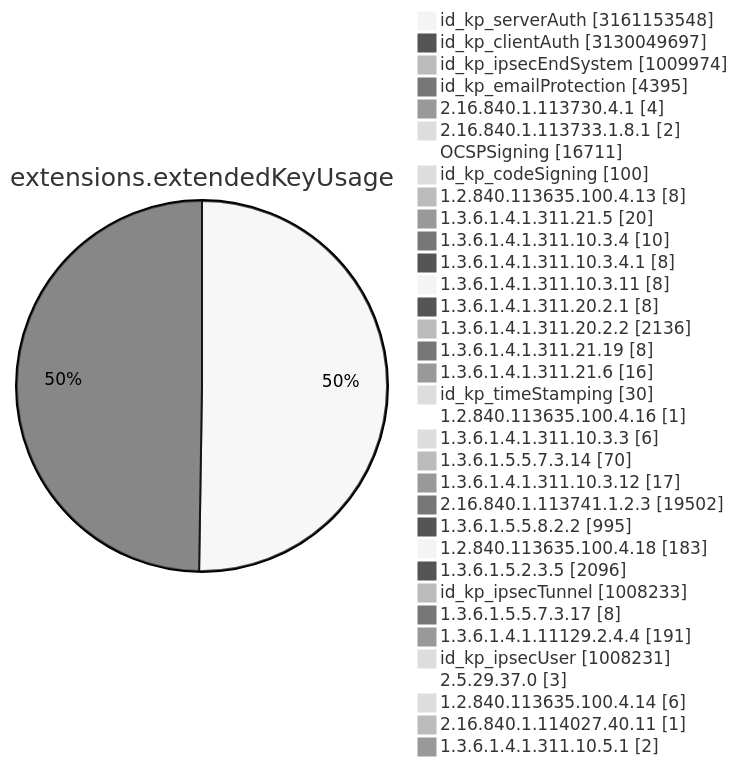
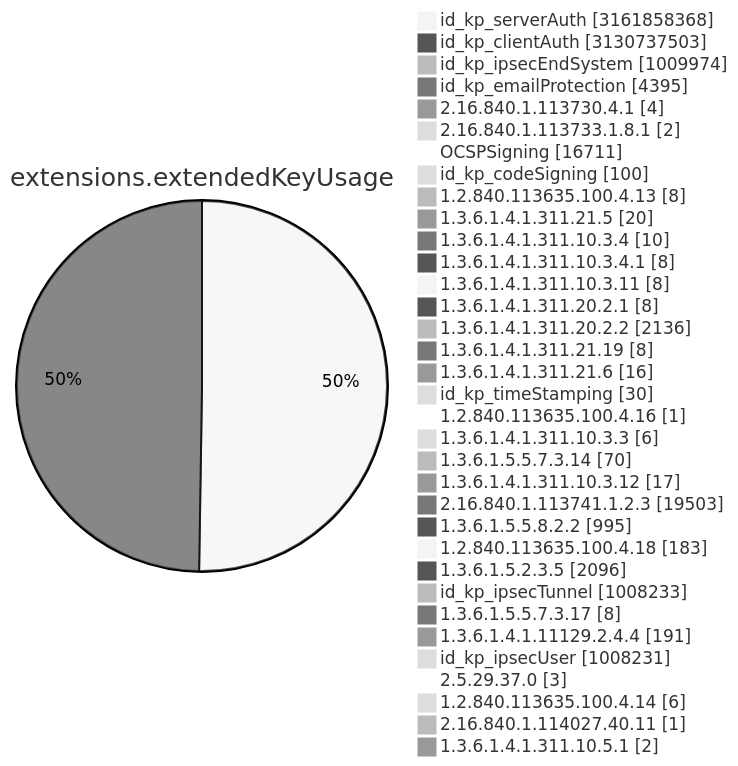
Diagram 11 of 15 in TOTAL/README.md (christiankrug/ctmonitor_visualization), drawn with Mermaid (neutral theme) before and after one commit. The commit also changed other lines of this file, not shown here.

````diff
--- a/TOTAL/README.md
+++ b/TOTAL/README.md
@@ -4119,38 +4119,38 @@
 ```mermaid
 pie showData
 title extensions.extendedKeyUsage
-"id_kp_serverAuth" :3161153548
-"id_kp_clientAuth" :3130049697
+"id_kp_serverAuth" :3161858368
+"id_kp_clientAuth" :3130737503
 "id_kp_ipsecEndSystem" :1009974
 "id_kp_emailProtection" :4395
 "2.16.840.1.113730.4.1" :4
 "2.16.840.1.113733.1.8.1" :2
 "OCSPSigning" :16711
 "id_kp_codeSigning" :100
 "1.2.840.113635.100.4.13" :8
 "1.3.6.1.4.1.311.21.5" :20
 "1.3.6.1.4.1.311.10.3.4" :10
 "1.3.6.1.4.1.311.10.3.4.1" :8
 "1.3.6.1.4.1.311.10.3.11" :8
 "1.3.6.1.4.1.311.20.2.1" :8
 "1.3.6.1.4.1.311.20.2.2" :2136
 "1.3.6.1.4.1.311.21.19" :8
 "1.3.6.1.4.1.311.21.6" :16
 "id_kp_timeStamping" :30
 "1.2.840.113635.100.4.16" :1
 "1.3.6.1.4.1.311.10.3.3" :6
 "1.3.6.1.5.5.7.3.14" :70
 "1.3.6.1.4.1.311.10.3.12" :17
-"2.16.840.1.113741.1.2.3" :19502
+"2.16.840.1.113741.1.2.3" :19503
 "1.3.6.1.5.5.8.2.2" :995
 "1.2.840.113635.100.4.18" :183
 "1.3.6.1.5.2.3.5" :2096
 "id_kp_ipsecTunnel" :1008233
 "1.3.6.1.5.5.7.3.17" :8
 "1.3.6.1.4.1.11129.2.4.4" :191
 "id_kp_ipsecUser" :1008231
 "2.5.29.37.0" :3
 "1.2.840.113635.100.4.14" :6
 "2.16.840.1.114027.40.11" :1
 "1.3.6.1.4.1.311.10.5.1" :2
 ```
````
